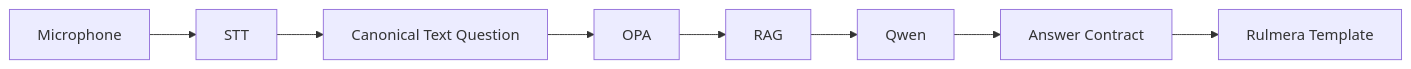
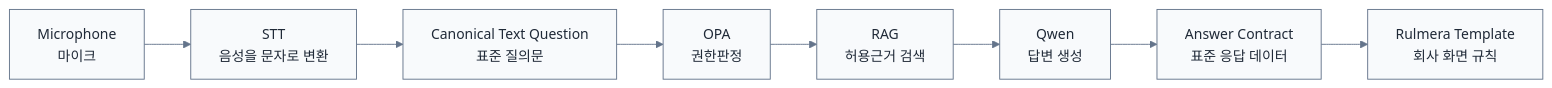
One commit to hori5000/Rulmera-OPA changed the second of 2 diagrams in rulmera-enterprise-knowledge/20-설계/09-Qwen-응답계약-근거링크.md. Above: the diagram before and after it, drawn with Mermaid. The commit also changed other lines of this file and 63 other files, not shown here.

Commit message:
Sync Rulmera-OPA 전체 Vault 2026-09-17 10:25:49

````diff
--- a/rulmera-enterprise-knowledge/20-설계/09-Qwen-응답계약-근거링크.md
+++ b/rulmera-enterprise-knowledge/20-설계/09-Qwen-응답계약-근거링크.md
@@ -75,10 +85,11 @@
 ```mermaid
+%%{init: {"theme":"base","themeVariables":{"primaryColor":"#F8FAFC","primaryTextColor":"#1F2937","primaryBorderColor":"#64748B","lineColor":"#64748B","secondaryColor":"#EAF4FF","tertiaryColor":"#EAFBF2","clusterBkg":"#F8FAFC","clusterBorder":"#CBD5E1","fontSize":"15px"}} }%%
 flowchart LR
-  MIC[Microphone] --> STT[STT]
-  STT --> TXT[Canonical Text Question]
-  TXT --> OPA[OPA]
-  OPA --> RAG[RAG]
-  RAG --> QW[Qwen]
-  QW --> JSON[Answer Contract]
-  JSON --> UI[Rulmera Template]
+  MIC[Microphone<br/>마이크] --> STT[STT<br/>음성을 문자로 변환]
+  STT --> TXT[Canonical Text Question<br/>표준 질의문]
+  TXT --> OPA[OPA<br/>권한판정]
+  OPA --> RAG[RAG<br/>허용근거 검색]
+  RAG --> QW[Qwen<br/>답변 생성]
+  QW --> JSON[Answer Contract<br/>표준 응답 데이터]
+  JSON --> UI[Rulmera Template<br/>회사 화면 규칙]
 ```
````
